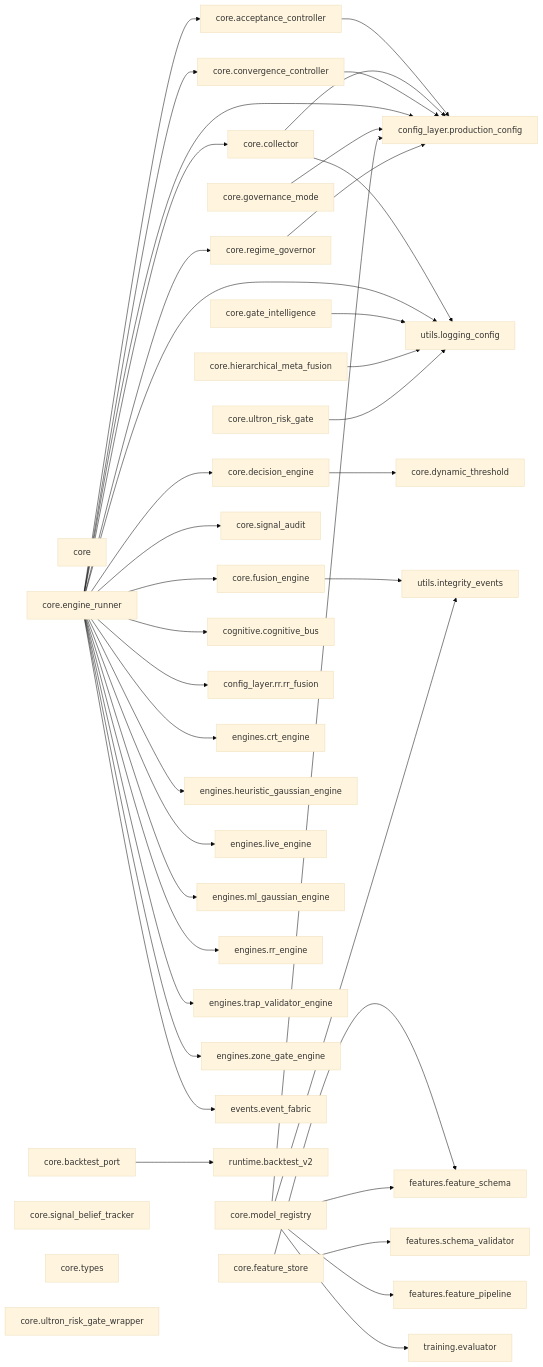
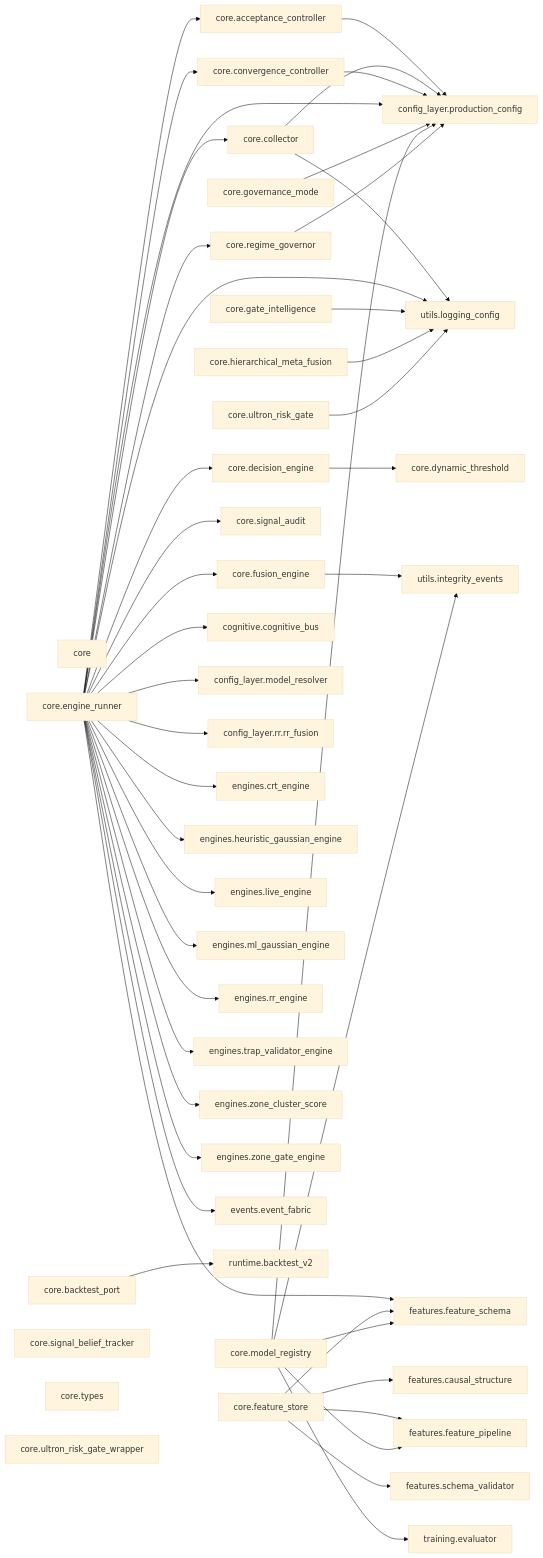
One commit to Chaithu1995-0312/TradeHlt changed the eighth of 38 diagrams in docs/architecture/code-map.generated.md. Above: the diagram before and after it, drawn with Mermaid (base theme). The commit also changed other lines of this file and 159 other files, not shown here.

```diff
--- a/docs/architecture/code-map.generated.md
+++ b/docs/architecture/code-map.generated.md
@@ -469,6 +605,7 @@
     core_ultron_risk_gate["core.ultron_risk_gate"]
     core_ultron_risk_gate_wrapper["core.ultron_risk_gate_wrapper"]
     cognitive_cognitive_bus["cognitive.cognitive_bus"]
+    config_layer_model_resolver["config_layer.model_resolver"]
     config_layer_production_config["config_layer.production_config"]
     config_layer_rr_rr_fusion["config_layer.rr.rr_fusion"]
     engines_crt_engine["engines.crt_engine"]
@@ -477,8 +614,10 @@
     engines_ml_gaussian_engine["engines.ml_gaussian_engine"]
     engines_rr_engine["engines.rr_engine"]
     engines_trap_validator_engine["engines.trap_validator_engine"]
+    engines_zone_cluster_score["engines.zone_cluster_score"]
     engines_zone_gate_engine["engines.zone_gate_engine"]
     events_event_fabric["events.event_fabric"]
+    features_causal_structure["features.causal_structure"]
     features_feature_pipeline["features.feature_pipeline"]
     features_feature_schema["features.feature_schema"]
     features_schema_validator["features.schema_validator"]
@@ -493,6 +632,7 @@
     core_convergence_controller --> config_layer_production_config
     core_decision_engine --> core_dynamic_threshold
     core_engine_runner --> cognitive_cognitive_bus
+    core_engine_runner --> config_layer_model_resolver
     core_engine_runner --> config_layer_production_config
     core_engine_runner --> config_layer_rr_rr_fusion
     core_engine_runner --> core_acceptance_controller
@@ -508,9 +648,13 @@
     core_engine_runner --> engines_ml_gaussian_engine
     core_engine_runner --> engines_rr_engine
     core_engine_runner --> engines_trap_validator_engine
+    core_engine_runner --> engines_zone_cluster_score
     core_engine_runner --> engines_zone_gate_engine
     core_engine_runner --> events_event_fabric
+    core_engine_runner --> features_feature_schema
     core_engine_runner --> utils_logging_config
+    core_feature_store --> features_causal_structure
+    core_feature_store --> features_feature_pipeline
     core_feature_store --> features_feature_schema
     core_feature_store --> features_schema_validator
     core_fusion_engine --> utils_integrity_events
```
